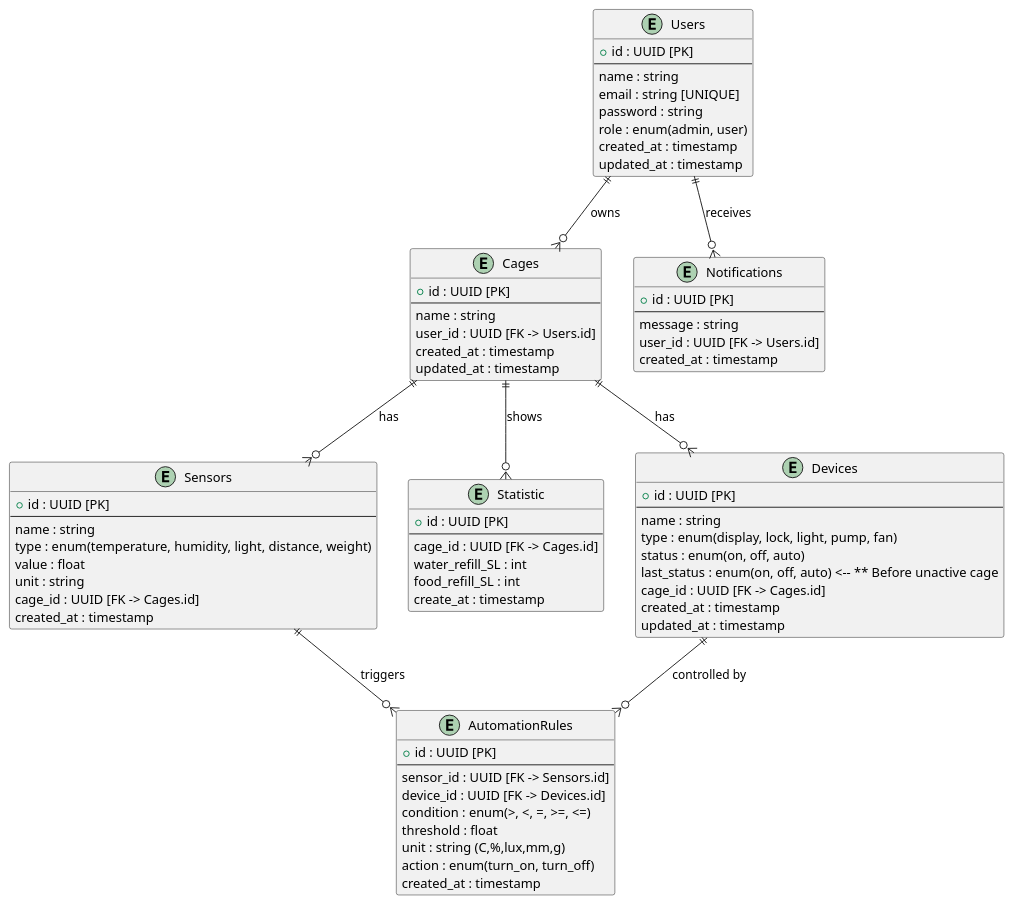
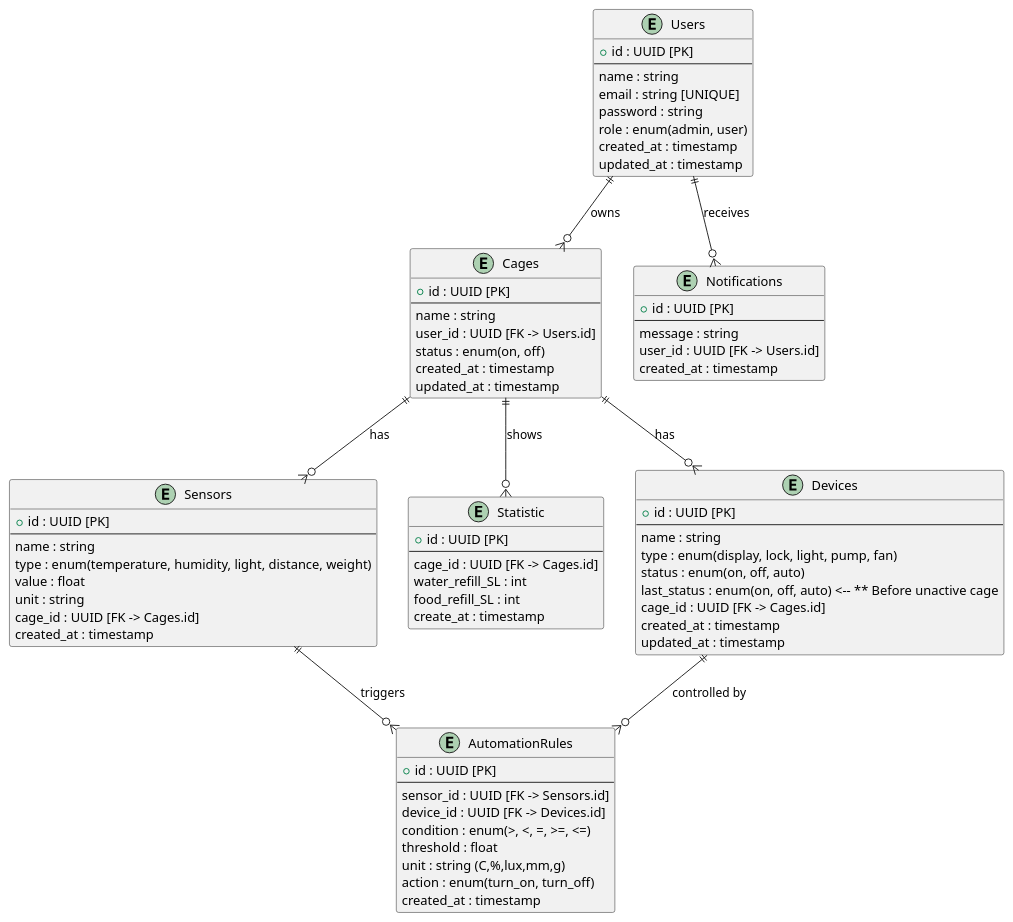
One commit to jncmtam/DADN-SE changed the diagram in hamsBE/docs/erd.puml. Above: the diagram before and after it, drawn with PlantUML. The commit also changed 26 other files, not shown here.

```diff
--- a/hamsBE/docs/erd.puml
+++ b/hamsBE/docs/erd.puml
@@ -1,81 +1,82 @@
 @startuml ERD
 entity "Users" as U {
   + id : UUID [PK]
   --
   name : string
   email : string [UNIQUE]
   password : string
   role : enum(admin, user)
   created_at : timestamp
   updated_at : timestamp
 }
 
 entity "Cages" as C {
   + id : UUID [PK]
   --
-name : string
+  name : string
   user_id : UUID [FK -> Users.id]
+  status : enum(on, off)
   created_at : timestamp
   updated_at : timestamp
 }
 
 entity "Sensors" as S {
   + id : UUID [PK]
   --
   name : string
   type : enum(temperature, humidity, light, distance, weight)
   value : float
   unit : string
   cage_id : UUID [FK -> Cages.id]
   created_at : timestamp
 }
 
 entity "Statistic" as ST{
   + id : UUID [PK]
   --
   cage_id : UUID [FK -> Cages.id]
   water_refill_SL : int
   food_refill_SL : int
   create_at : timestamp
 }
 
 entity "Devices" as D {
   + id : UUID [PK]
   --
   name : string
   type : enum(display, lock, light, pump, fan)
   status : enum(on, off, auto)
   last_status : enum(on, off, auto) <-- ** Before unactive cage
   cage_id : UUID [FK -> Cages.id]
   created_at : timestamp
   updated_at : timestamp
 }
 
 entity "AutomationRules" as AR {
   + id : UUID [PK]
   --
   sensor_id : UUID [FK -> Sensors.id]
   device_id : UUID [FK -> Devices.id]
   condition : enum(>, <, =, >=, <=)
   threshold : float
   unit : string (C,%,lux,mm,g)
   action : enum(turn_on, turn_off)
   created_at : timestamp
 }
 
 entity "Notifications" as N {
   + id : UUID [PK]
   --
   message : string
   user_id : UUID [FK -> Users.id]
   created_at : timestamp
 }
 
 U ||--o{ C : "owns"
 C ||--o{ S : "has"
 C ||--o{ D : "has"
 S ||--o{ AR : "triggers"
 D ||--o{ AR : "controlled by"
 U ||--o{ N : "receives"
 C ||--o{ ST : "shows"
 @enduml
```
